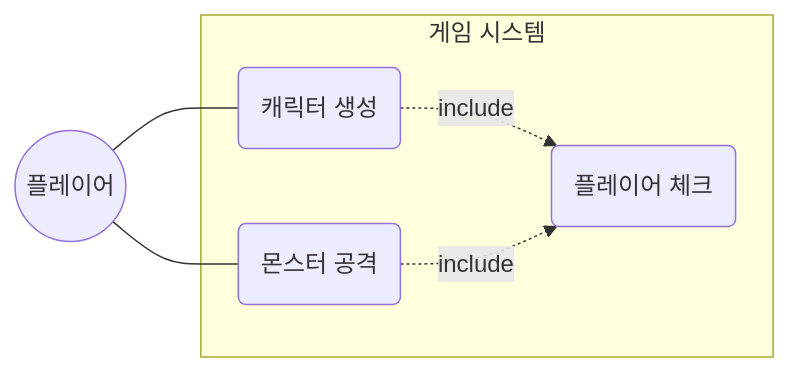
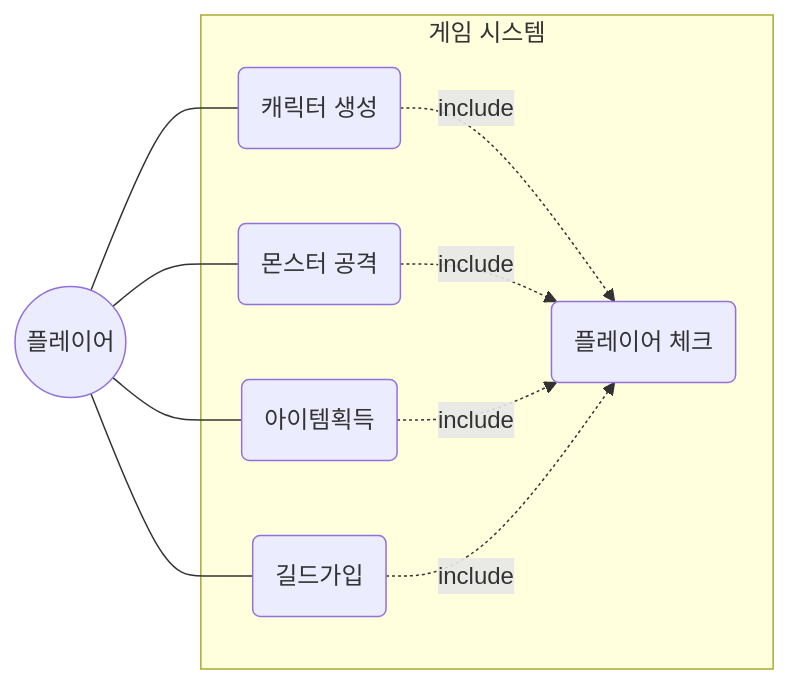
Before and after one commit to GAWWW-144/Dnf_Battle_C_04team_02: the diagram in usecase.md, drawn with Mermaid.

````diff
--- a/usecase.md
+++ b/usecase.md
@@ -1,20 +1,27 @@
 ```mermaid
 graph LR
     %% Actor Definition
     플레이어((플레이어))
 
     subgraph "게임 시스템"
         %% Use Case Definition
         UC1(캐릭터 생성)
         UC2(몬스터 공격)
         UC3(플레이어 체크)
+        UC4(아이템획득)
+        UC5(길드가입)
 
         %% Relationships
         UC1 -.->|include| UC3
         UC2 -.->|include| UC3
+        UC4 -.->|include| UC3
+        UC5 -.->|include| UC3
     end
 
     %% Connections
     플레이어 --- UC1
     플레이어 --- UC2
+    플레이어 --- UC4
+    플레이어 --- UC5
+    
 ```
````
